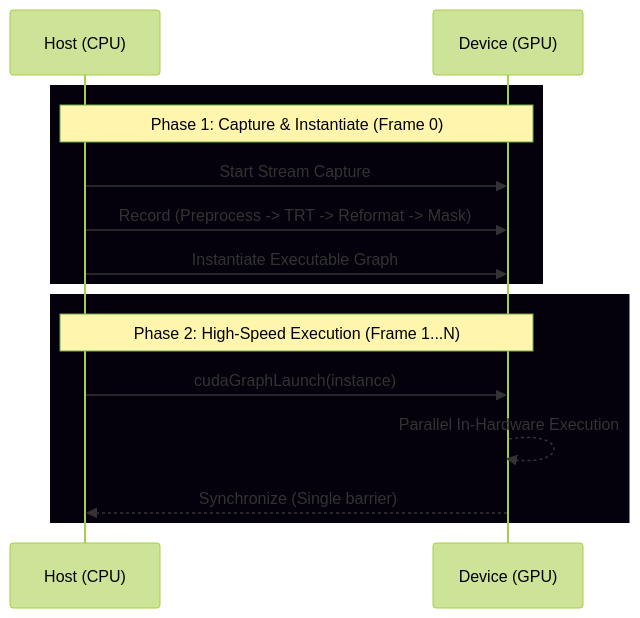
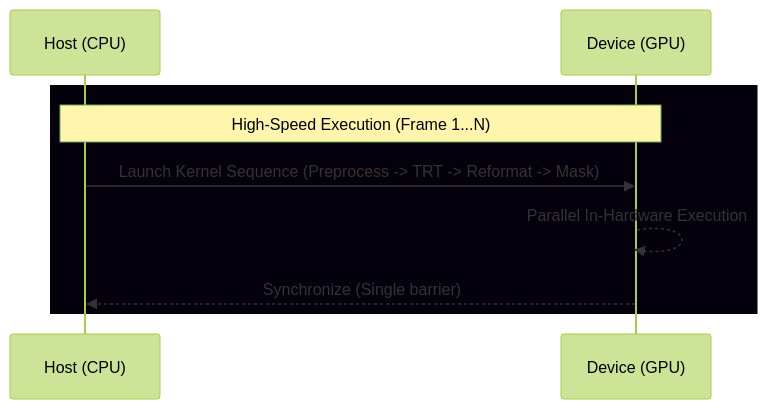
Before and after one commit to lorefargio/Camera_based_Cone_Detection: the second of 2 diagrams in README.md, drawn with Mermaid (forest theme). The commit also changed other lines of this file and 7 other files, not shown here.

````diff
--- a/README.md
+++ b/README.md
@@ -50,19 +51,12 @@
 ```mermaid
 sequenceDiagram
     participant CPU as Host (CPU)
     participant GPU as Device (GPU)
     
     rect rgb(4, 1, 12)
-    Note over CPU, GPU: Phase 1: Capture & Instantiate (Frame 0)
-    CPU->>GPU: Start Stream Capture
-    CPU->>GPU: Record (Preprocess -> TRT -> Reformat -> Mask)
-    CPU->>GPU: Instantiate Executable Graph
-    end
-    
-    rect rgb(4, 1, 12)
-    Note over CPU, GPU: Phase 2: High-Speed Execution (Frame 1...N)
-    CPU->>GPU: cudaGraphLaunch(instance)
+    Note over CPU, GPU: High-Speed Execution (Frame 1...N)
+    CPU->>GPU: Launch Kernel Sequence (Preprocess -> TRT -> Reformat -> Mask)
     GPU-->>GPU: Parallel In-Hardware Execution
     GPU-->>CPU: Synchronize (Single barrier)
     end
 ```
````
